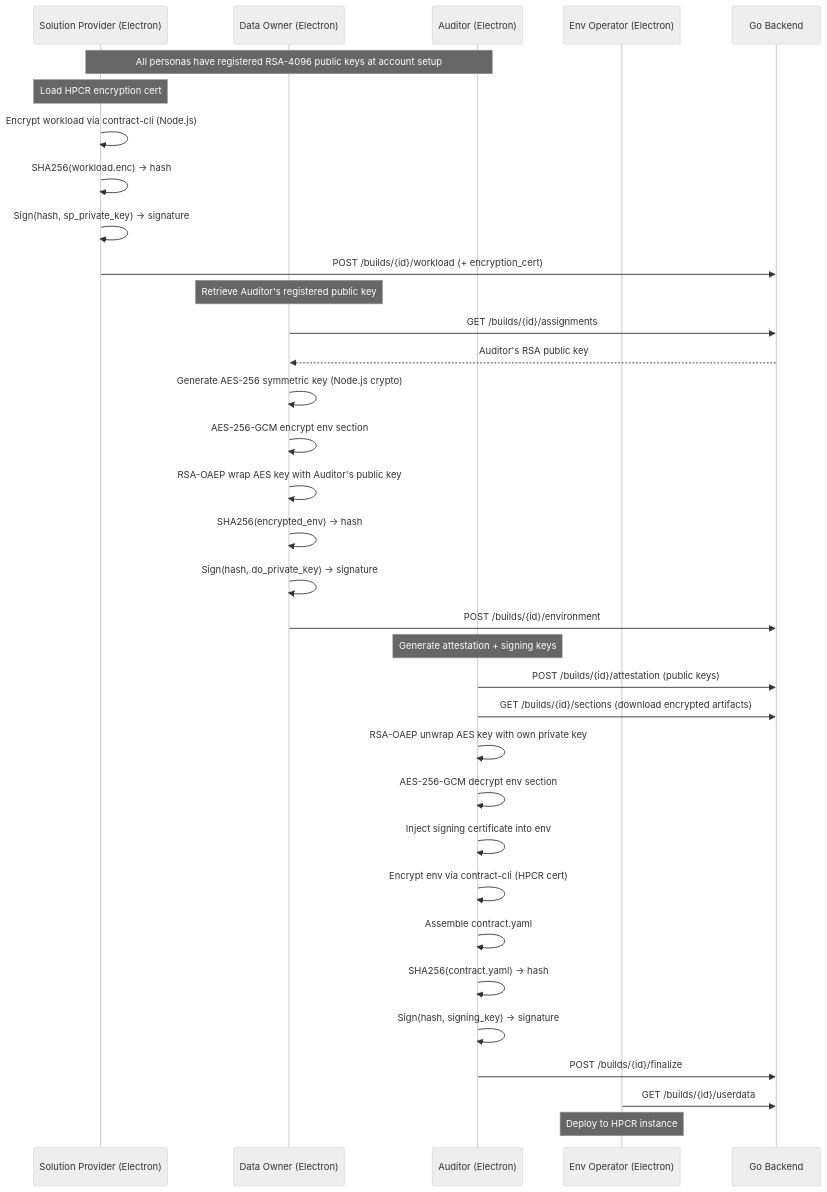
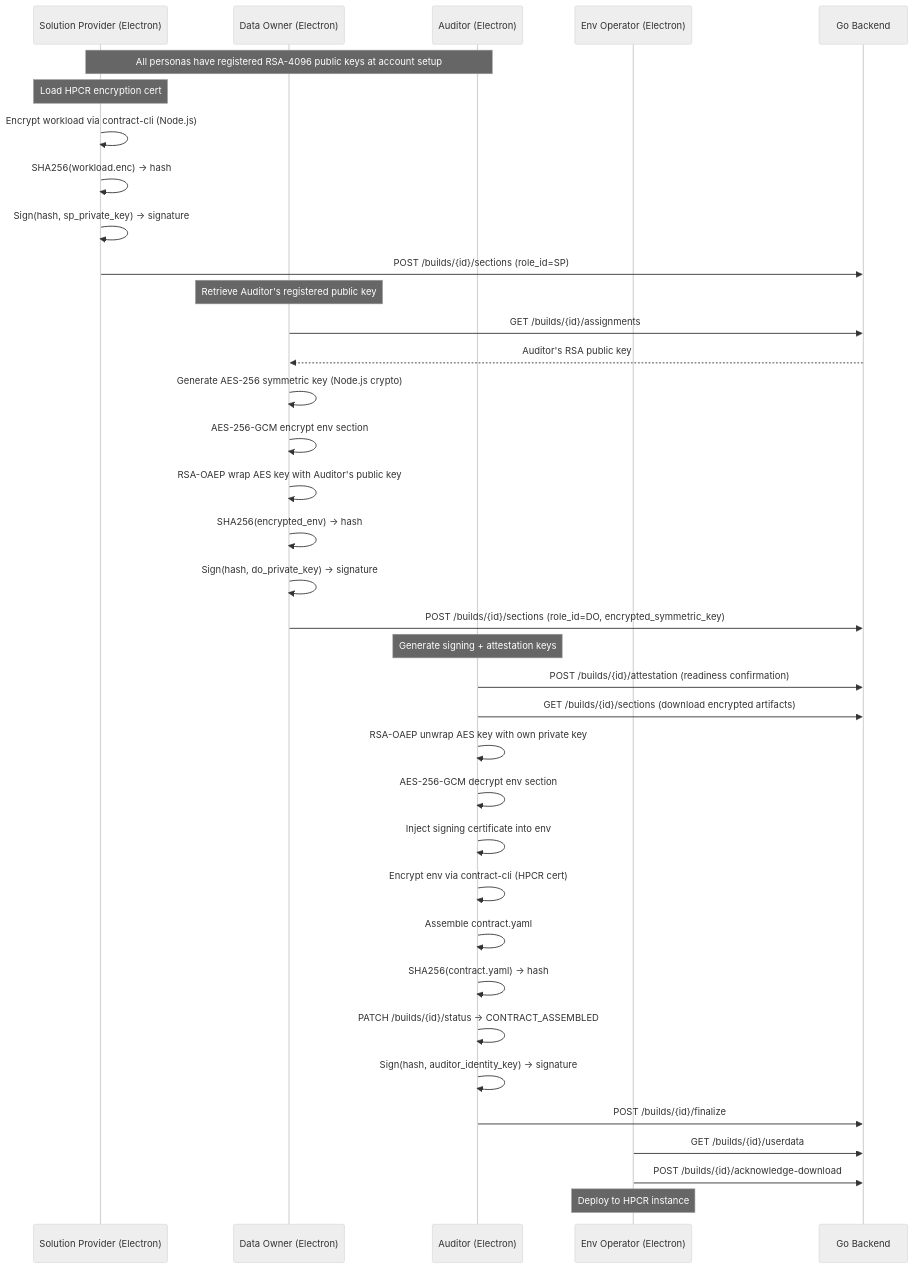
Before and after one commit to Sashwat-K/persona-based-contract-generator: the fourth of 4 diagrams in Design/2-low-level-design.md, drawn with Mermaid (neutral theme). The commit also changed other lines of this file and 6 other files, not shown here.

````diff
--- a/Design/2-low-level-design.md
+++ b/Design/2-low-level-design.md
@@ -1720,41 +1693,43 @@
 ```mermaid
 sequenceDiagram
     participant SP as Solution Provider (Electron)
     participant DO as Data Owner (Electron)
     participant AU as Auditor (Electron)
     participant EO as Env Operator (Electron)
     participant BE as Go Backend
 
     Note over SP,AU: All personas have registered RSA-4096 public keys at account setup
 
     Note over SP: Load HPCR encryption cert
     SP->>SP: Encrypt workload via contract-cli (Node.js)
     SP->>SP: SHA256(workload.enc) → hash
     SP->>SP: Sign(hash, sp_private_key) → signature
-    SP->>BE: POST /builds/{id}/workload (+ encryption_cert)
+    SP->>BE: POST /builds/{id}/sections (role_id=SP)
 
     Note over DO: Retrieve Auditor's registered public key
     DO->>BE: GET /builds/{id}/assignments
     BE-->>DO: Auditor's RSA public key
     DO->>DO: Generate AES-256 symmetric key (Node.js crypto)
     DO->>DO: AES-256-GCM encrypt env section
     DO->>DO: RSA-OAEP wrap AES key with Auditor's public key
     DO->>DO: SHA256(encrypted_env) → hash
     DO->>DO: Sign(hash, do_private_key) → signature
-    DO->>BE: POST /builds/{id}/environment
+    DO->>BE: POST /builds/{id}/sections (role_id=DO, encrypted_symmetric_key)
 
-    Note over AU: Generate attestation + signing keys
-    AU->>BE: POST /builds/{id}/attestation (public keys)
+    Note over AU: Generate signing + attestation keys
+    AU->>BE: POST /builds/{id}/attestation (readiness confirmation)
     AU->>BE: GET /builds/{id}/sections (download encrypted artifacts)
     AU->>AU: RSA-OAEP unwrap AES key with own private key
     AU->>AU: AES-256-GCM decrypt env section
     AU->>AU: Inject signing certificate into env
     AU->>AU: Encrypt env via contract-cli (HPCR cert)
     AU->>AU: Assemble contract.yaml
     AU->>AU: SHA256(contract.yaml) → hash
-    AU->>AU: Sign(hash, signing_key) → signature
+    AU->>AU: PATCH /builds/{id}/status -> CONTRACT_ASSEMBLED
+    AU->>AU: Sign(hash, auditor_identity_key) → signature
     AU->>BE: POST /builds/{id}/finalize
 
     EO->>BE: GET /builds/{id}/userdata
+    EO->>BE: POST /builds/{id}/acknowledge-download
     Note over EO: Deploy to HPCR instance
 ```
````
